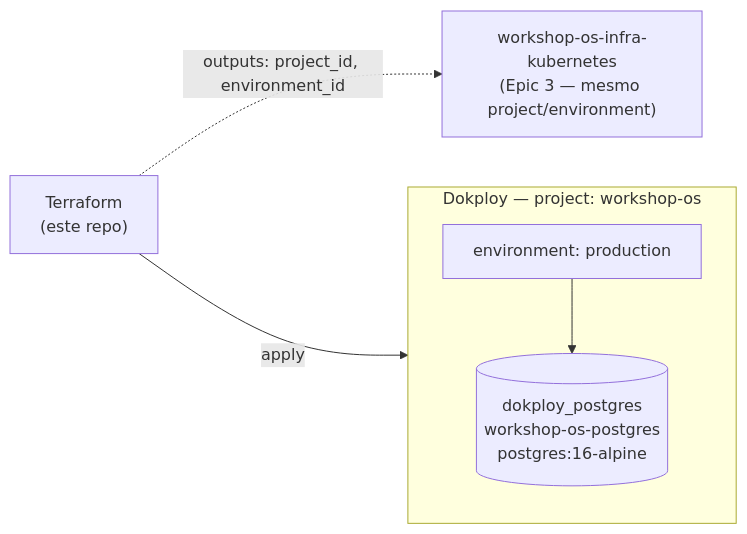
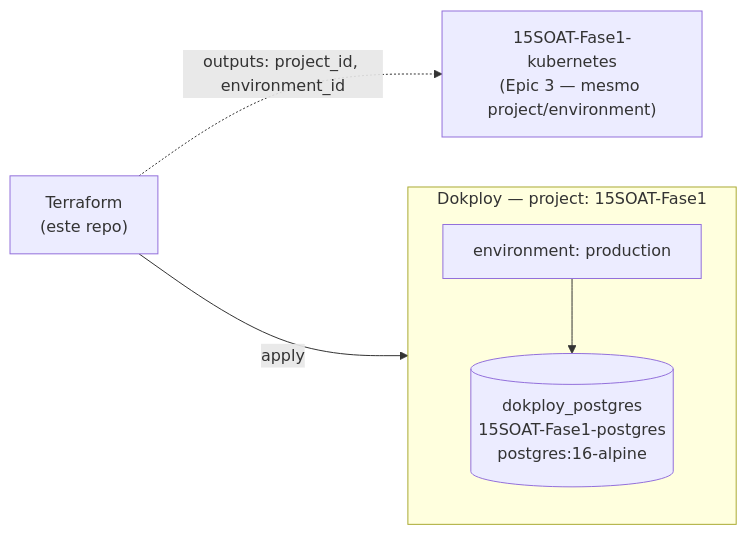
One commit to CandidoRPNeto/15SOAT-Fase1-database changed the diagram in README.md. Above: the diagram before and after it, drawn with Mermaid. The commit also changed other lines of this file and 3 other files, not shown here.

First line of the commit message:
chore: rename repo and resources from workshop-os- to 15SOAT-Fase1- prefix

````diff
--- a/README.md
+++ b/README.md
@@ -65,12 +65,12 @@
 ```mermaid
 flowchart LR
     TF["Terraform<br/>(este repo)"] -->|apply| Dokploy
 
-    subgraph Dokploy["Dokploy — project: workshop-os"]
+    subgraph Dokploy["Dokploy — project: 15SOAT-Fase1"]
         Env["environment: production"]
-        PG[("dokploy_postgres<br/>workshop-os-postgres<br/>postgres:16-alpine")]
+        PG[("dokploy_postgres<br/>15SOAT-Fase1-postgres<br/>postgres:16-alpine")]
         Env --> PG
     end
 
-    TF -.->|outputs: project_id, environment_id| AppInfra["workshop-os-infra-kubernetes<br/>(Epic 3 — mesmo project/environment)"]
+    TF -.->|outputs: project_id, environment_id| AppInfra["15SOAT-Fase1-kubernetes<br/>(Epic 3 — mesmo project/environment)"]
 ```
````
